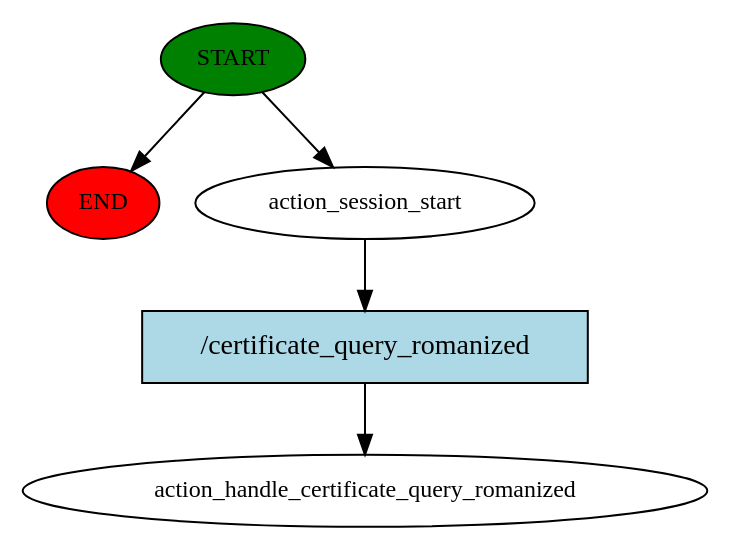
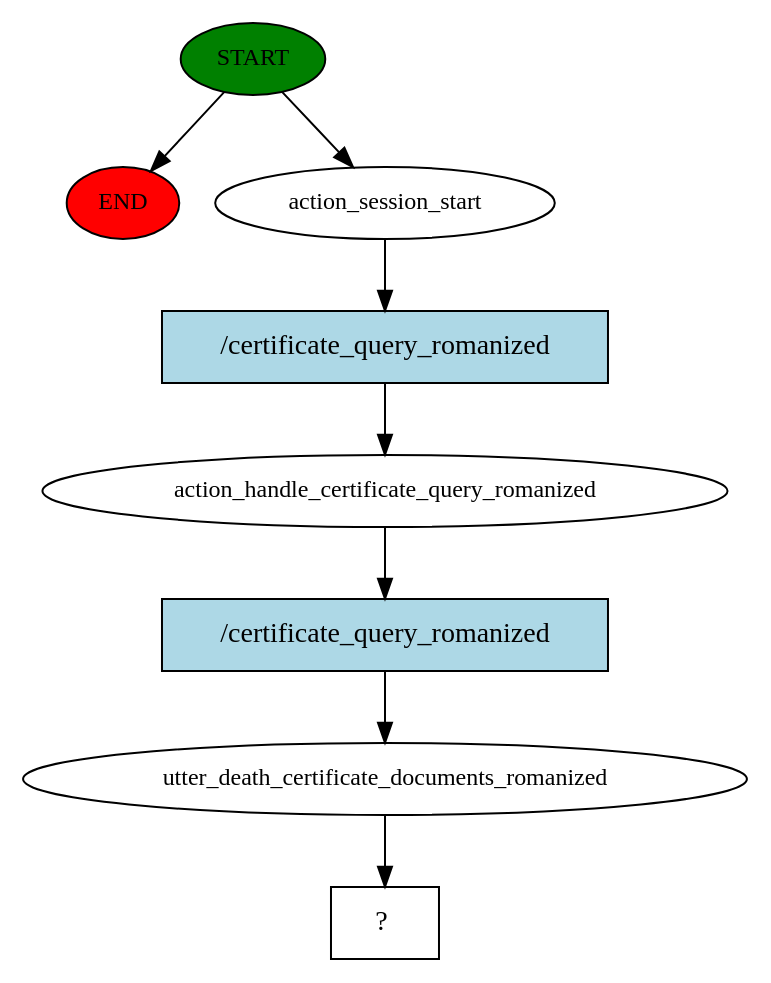
One commit to PiyushLuitel-07/Samadhan-A-Local-Government-Service-QueryBot changed the diagram in story_graph.dot. Above: the diagram before and after it, drawn with Graphviz. The commit also changed 3 other files, not shown here.

```diff
--- a/story_graph.dot
+++ b/story_graph.dot
@@ -1,11 +1,17 @@
 digraph  {
 0 [class="start active", fillcolor=green, fontsize=12, label=START, style=filled];
 "-1" [class=end, fillcolor=red, fontsize=12, label=END, style=filled];
 1 [class=active, fontsize=12, label=action_session_start];
-2 [class="dashed active", fontsize=12, label=action_handle_certificate_query_romanized];
-3 [class="intent active", fillcolor=lightblue, label="/certificate_query_romanized", shape=rect, style=filled];
+2 [class=active, fontsize=12, label=action_handle_certificate_query_romanized];
+3 [class=active, fontsize=12, label=utter_death_certificate_documents_romanized];
+4 [class="intent dashed active", label="  ?  ", shape=rect];
+5 [class="intent active", fillcolor=lightblue, label="/certificate_query_romanized", shape=rect, style=filled];
+6 [class="intent active", fillcolor=lightblue, label="/certificate_query_romanized", shape=rect, style=filled];
 0 -> "-1"  [class="", key=NONE, label=""];
 0 -> 1  [class=active, key=NONE, label=""];
-1 -> 3  [class=active, key=0];
-3 -> 2  [class=active, key=0];
+1 -> 5  [class=active, key=0];
+2 -> 6  [class=active, key=0];
+3 -> 4  [class=active, key=NONE, label=""];
+5 -> 2  [class=active, key=0];
+6 -> 3  [class=active, key=0];
 }
```
